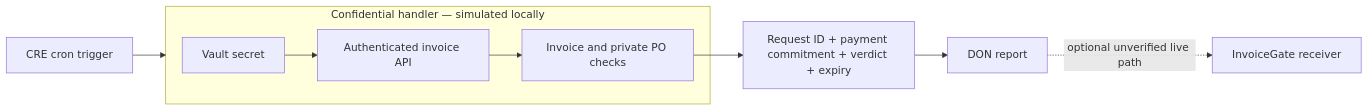
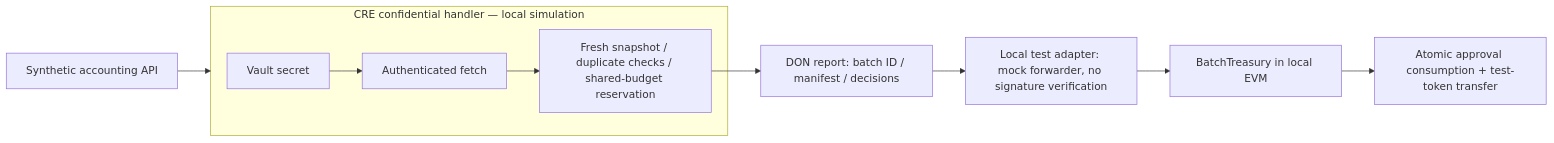
Before and after one commit to Lawrence-eth/velum: the diagram in README.md, drawn with Mermaid. The commit also changed other lines of this file and 13 other files, not shown here.

````diff
--- a/README.md
+++ b/README.md
@@ -56,11 +78,12 @@
 ```mermaid
 flowchart LR
-  Cron[CRE cron trigger] --> TEE
-  subgraph TEE[Confidential handler — simulated locally]
-    Secret[Vault secret] --> HTTP[Authenticated invoice API]
-    HTTP --> Policy[Invoice and private PO checks]
+  API[Synthetic accounting API] --> TEE
+  subgraph TEE[CRE confidential handler — local simulation]
+    Secret[Vault secret] --> Fetch[Authenticated fetch]
+    Fetch --> Policy[Fresh snapshot / duplicate checks / shared-budget reservation]
   end
-  Policy --> Minimal[Request ID + payment commitment + verdict + expiry]
-  Minimal --> Report[DON report]
-  Report -. optional unverified live path .-> Receiver[InvoiceGate receiver]
+  Policy --> Report[DON report: batch ID / manifest / decisions]
+  Report --> Adapter[Local test adapter: mock forwarder, no signature verification]
+  Adapter --> Treasury[BatchTreasury in local EVM]
+  Treasury --> Transfer[Atomic approval consumption + test-token transfer]
 ```
````
